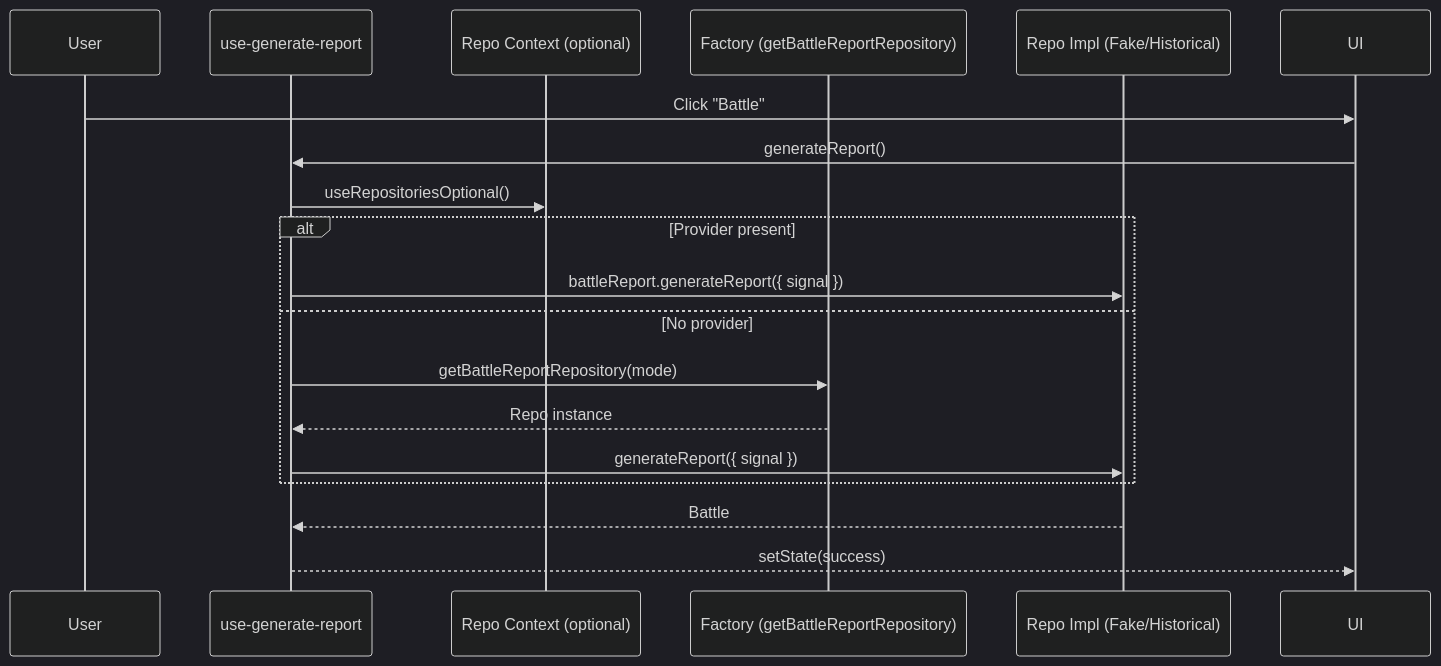
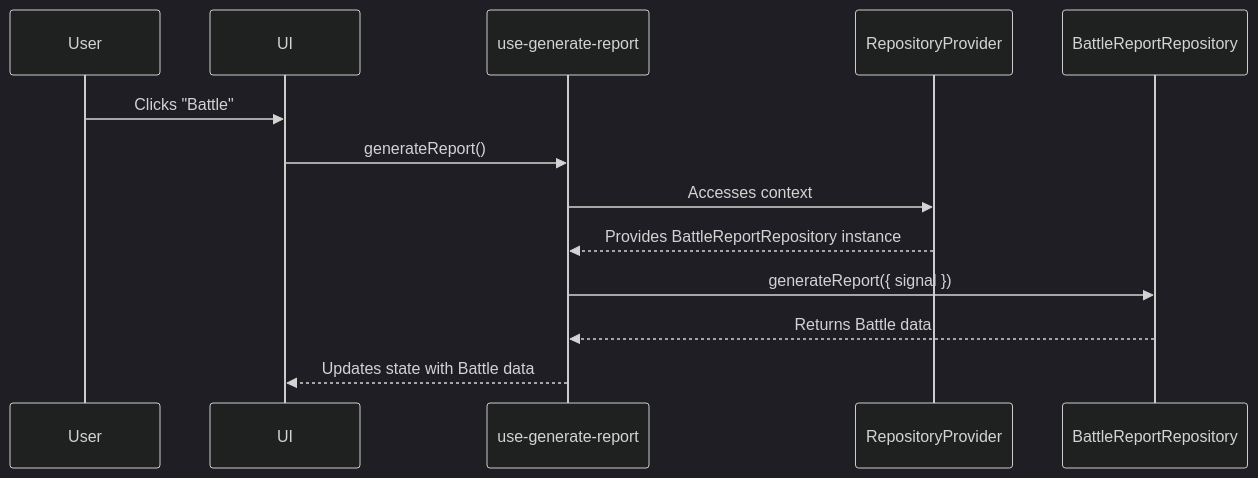
The second of 3 diagrams in docs/DEVELOPMENT_EN.md (F88/yonokomae), drawn with Mermaid (dark theme) before and after one commit. The commit also changed other lines of this file and 1 other file, not shown here.

````diff
--- a/docs/DEVELOPMENT_EN.md
+++ b/docs/DEVELOPMENT_EN.md
@@ -135,21 +52,16 @@
 ```mermaid
 sequenceDiagram
-  participant U as User
-  participant H as use-generate-report
-  participant X as Repo Context (optional)
-  participant F as Factory (getBattleReportRepository)
-  participant R as Repo Impl (Fake/Historical)
+    participant User
+    participant UI
+    participant Hook as use-generate-report
+    participant Provider as RepositoryProvider
+    participant Repo as BattleReportRepository
 
-  U->>UI: Click "Battle"
-  UI->>H: generateReport()
-  H->>X: useRepositoriesOptional()
-  alt Provider present
-    H->>R: battleReport.generateReport({ signal })
-  else No provider
-    H->>F: getBattleReportRepository(mode)
-    F-->>H: Repo instance
-    H->>R: generateReport({ signal })
-  end
-  R-->>H: Battle
-  H-->>UI: setState(success)
+    User->>UI: Clicks "Battle"
+    UI->>Hook: generateReport()
+    Hook->>Provider: Accesses context
+    Provider-->>Hook: Provides BattleReportRepository instance
+    Hook->>Repo: generateReport({ signal })
+    Repo-->>Hook: Returns Battle data
+    Hook-->>UI: Updates state with Battle data
 ```
````
